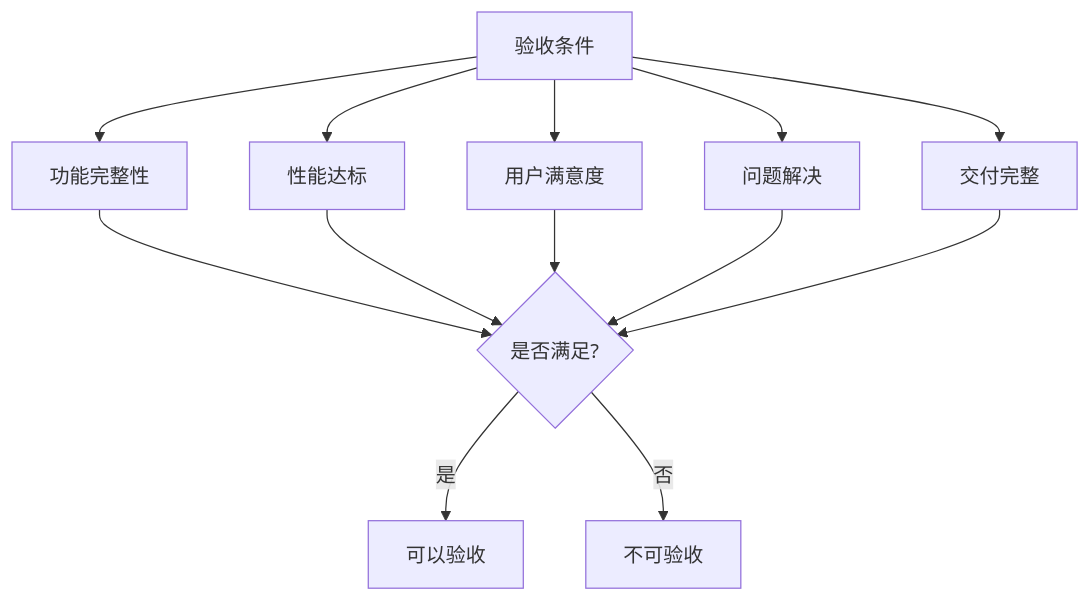
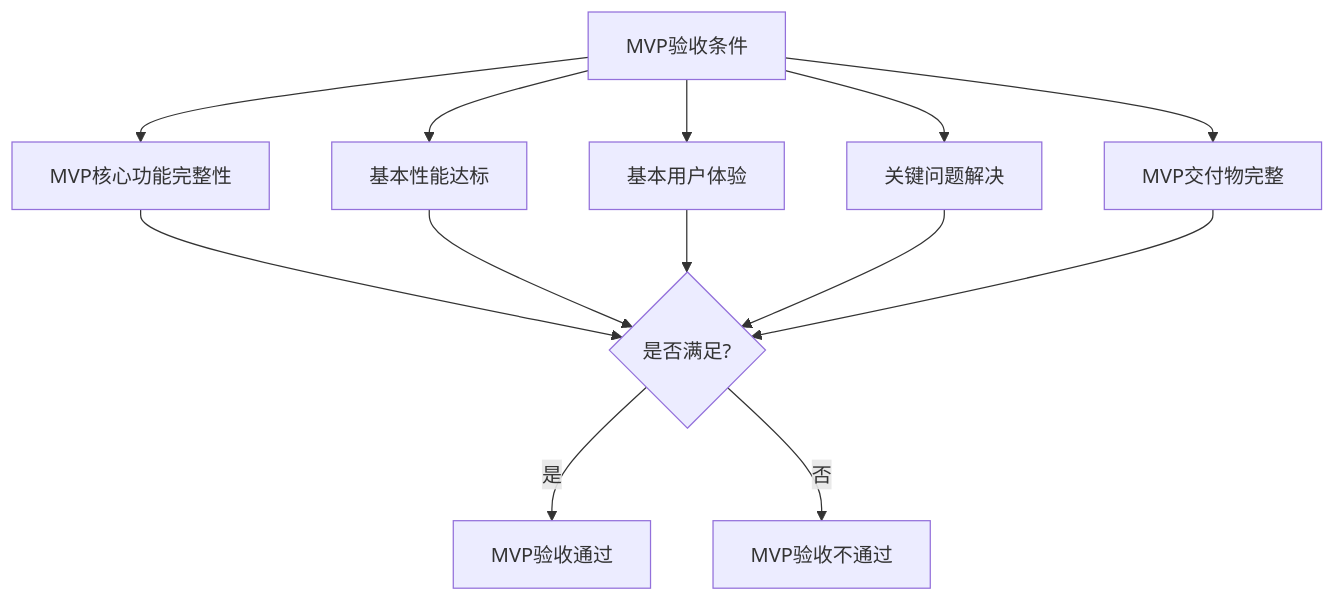
One commit to anlaganlag/med changed the sixth of 7 diagrams in acceptance.md. Above: the diagram before and after it, drawn with Mermaid. The commit also changed other lines of this file and 3 other files, not shown here.

````diff
--- a/acceptance.md
+++ b/acceptance.md
@@ -360,17 +389,17 @@
 ```mermaid
 graph TD
-    A[验收条件] --> B[功能完整性]
-    A --> C[性能达标]
-    A --> D[用户满意度]
-    A --> E[问题解决]
-    A --> F[交付完整]
-    
+    A[MVP验收条件] --> B[MVP核心功能完整性]
+    A --> C[基本性能达标]
+    A --> D[基本用户体验]
+    A --> E[关键问题解决]
+    A --> F[MVP交付物完整]
+
     B --> G{是否满足?}
     C --> G
     D --> G
     E --> G
     F --> G
-    
-    G -->|是| H[可以验收]
-    G -->|否| I[不可验收]
+
+    G -->|是| H[MVP验收通过]
+    G -->|否| I[MVP验收不通过]
 ```
````
